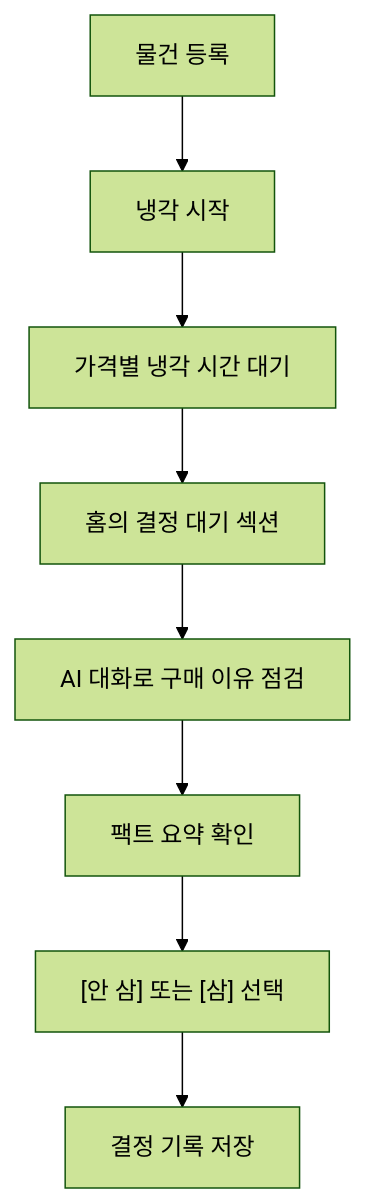
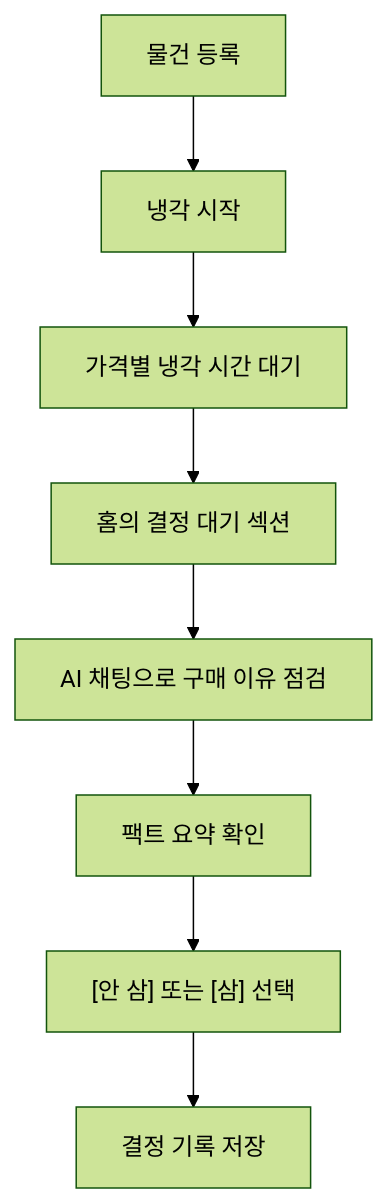
The first of 2 diagrams in docs/pm/prd.md (web-ppu/cooling-off), drawn with Mermaid (forest theme) before and after one commit. The commit also changed other lines of this file and 7 other files, not shown here.

````diff
--- a/docs/pm/prd.md
+++ b/docs/pm/prd.md
@@ -61,10 +61,10 @@
 ```mermaid
 flowchart TD
   Register["물건 등록"] --> Start["냉각 시작"]
   Start --> Cooling["가격별 냉각 시간 대기"]
   Cooling --> Ready["홈의 결정 대기 섹션"]
-  Ready --> Decide["AI 대화로 구매 이유 점검"]
-  Decide --> Summary["팩트 요약 확인"]
+  Ready --> AIChat["AI 채팅으로 구매 이유 점검"]
+  AIChat --> Summary["팩트 요약 확인"]
   Summary --> Choice["[안 삼] 또는 [삼] 선택"]
   Choice --> Record["결정 기록 저장"]
 ```
````
